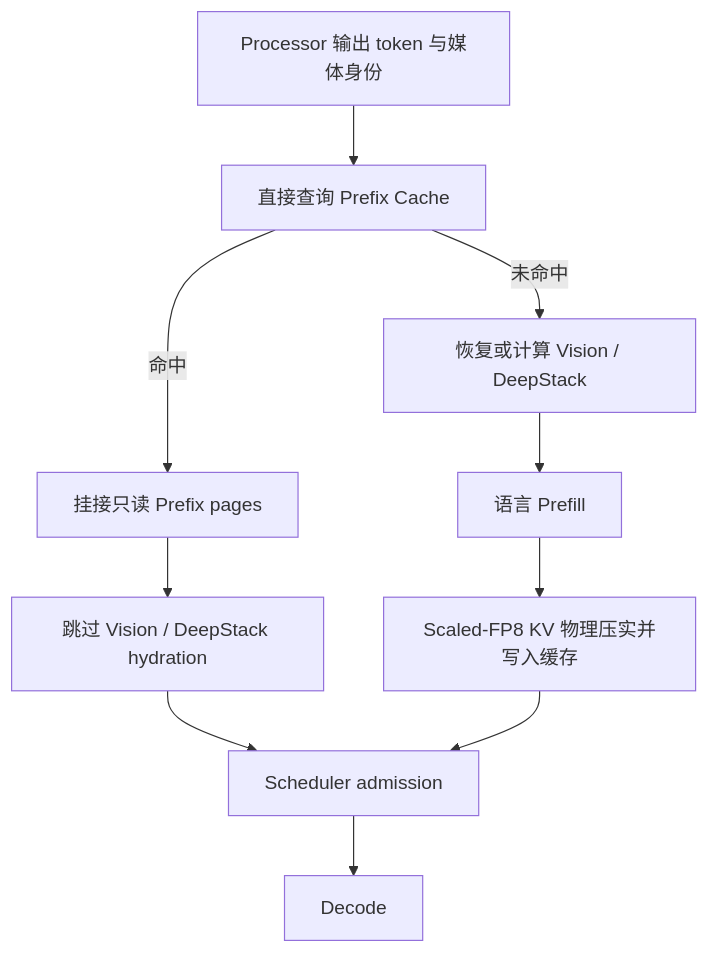
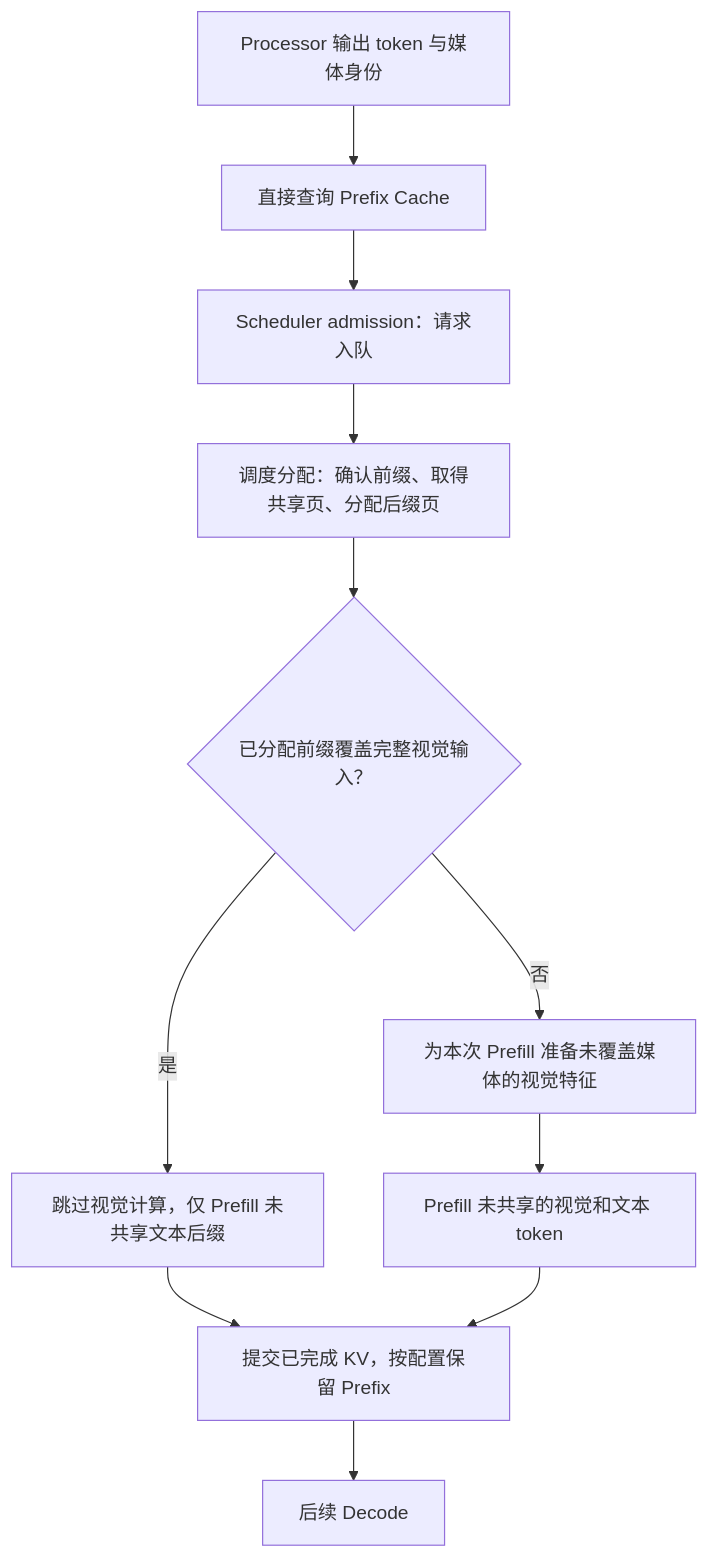
One commit to xsmccc/Prism-Infer changed the diagram in docs/REPEATED_VISUAL_CONTEXT.md. Above: the diagram before and after it, drawn with Mermaid. The commit also changed other lines of this file and 37 other files, not shown here.

````diff
--- a/docs/REPEATED_VISUAL_CONTEXT.md
+++ b/docs/REPEATED_VISUAL_CONTEXT.md
@@ -65,12 +67,13 @@
 ```mermaid
 flowchart TD
     A["Processor 输出 token 与媒体身份"] --> B["直接查询 Prefix Cache"]
-    B -->|命中| C["挂接只读 Prefix pages"]
-    C --> D["跳过 Vision / DeepStack hydration"]
-    B -->|未命中| E["恢复或计算 Vision / DeepStack"]
-    E --> F["语言 Prefill"]
-    F --> G["Scaled-FP8 KV 物理压实并写入缓存"]
-    D --> H["Scheduler admission"]
-    G --> H
-    H --> I["Decode"]
+    B --> C["Scheduler admission：请求入队"]
+    C --> D["调度分配：确认前缀、取得共享页、分配后缀页"]
+    D --> E{"已分配前缀覆盖完整视觉输入？"}
+    E -->|是| F["跳过视觉计算，仅 Prefill 未共享文本后缀"]
+    E -->|否| G["为本次 Prefill 准备未覆盖媒体的视觉特征"]
+    G --> H["Prefill 未共享的视觉和文本 token"]
+    F --> I["提交已完成 KV，按配置保留 Prefix"]
+    H --> I
+    I --> J["后续 Decode"]
 ```
````
